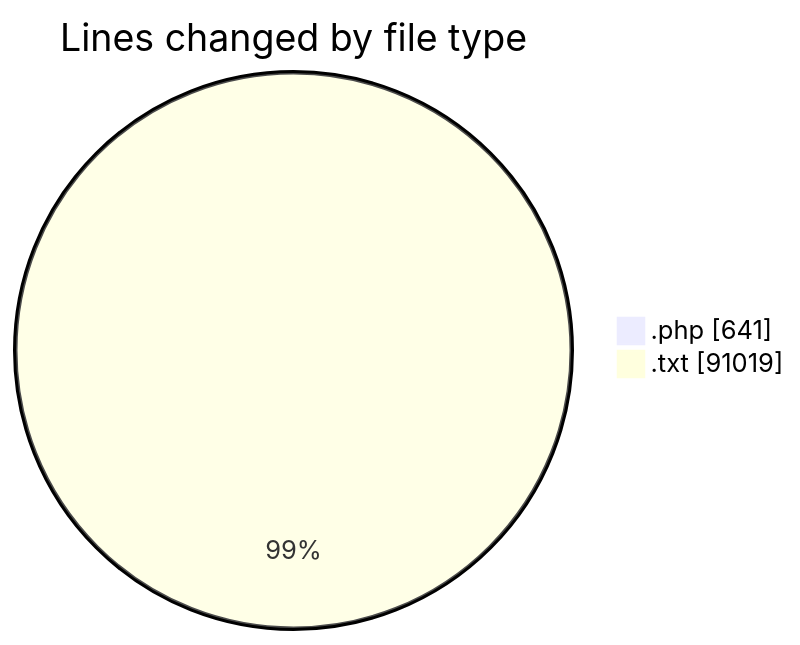
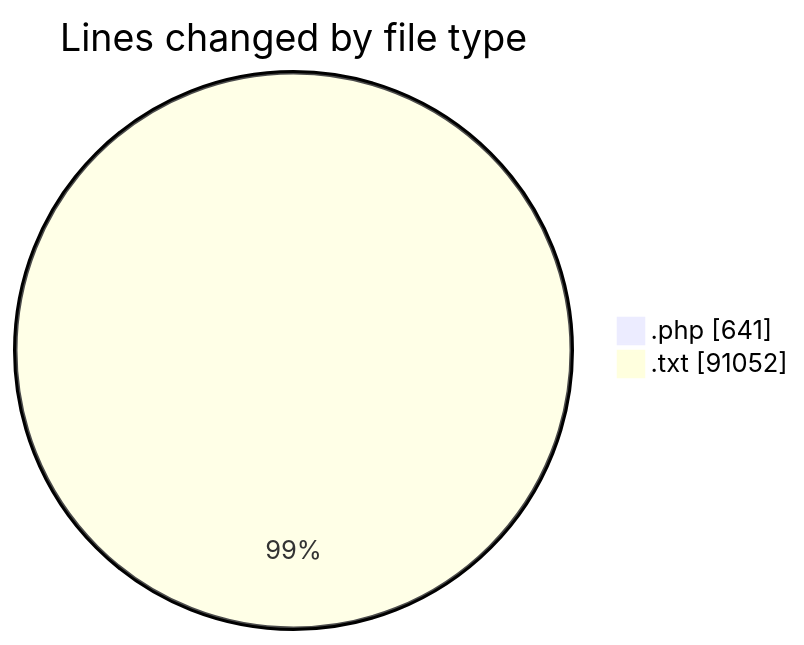
One commit to LanceThiago/code-tracking changed the first of 2 diagrams in 2026-02-09/enviarfacturas/README.md. Above: the diagram before and after it, drawn with Mermaid. The commit also changed other lines of this file and 1 other file, not shown here.

````diff
--- a/2026-02-09/enviarfacturas/README.md
+++ b/2026-02-09/enviarfacturas/README.md
@@ -22,6 +23,6 @@
 ```mermaid
 pie showData
 title Lines changed by file type
 ".php" : 641
-".txt" : 91019
+".txt" : 91052
 ```
````
